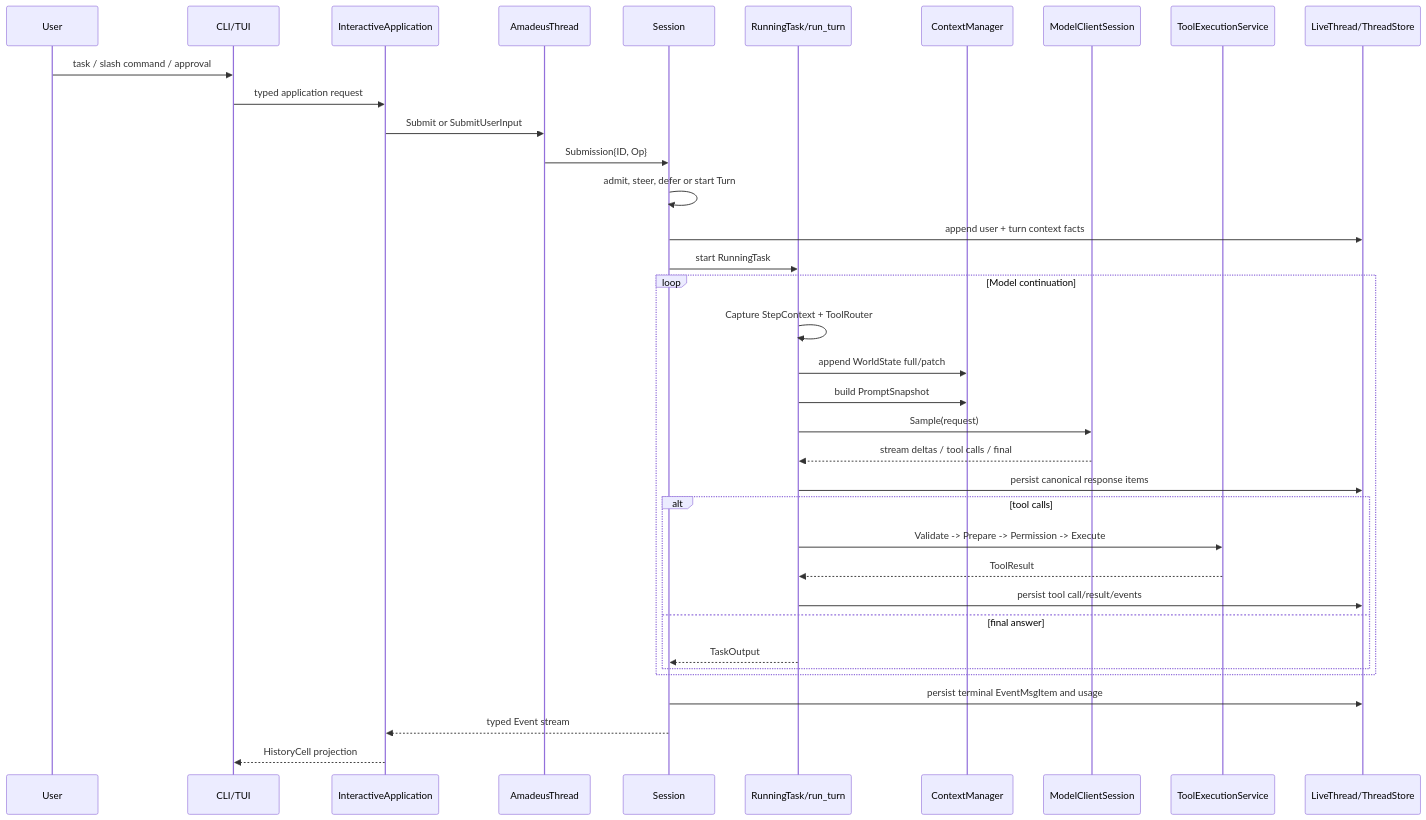
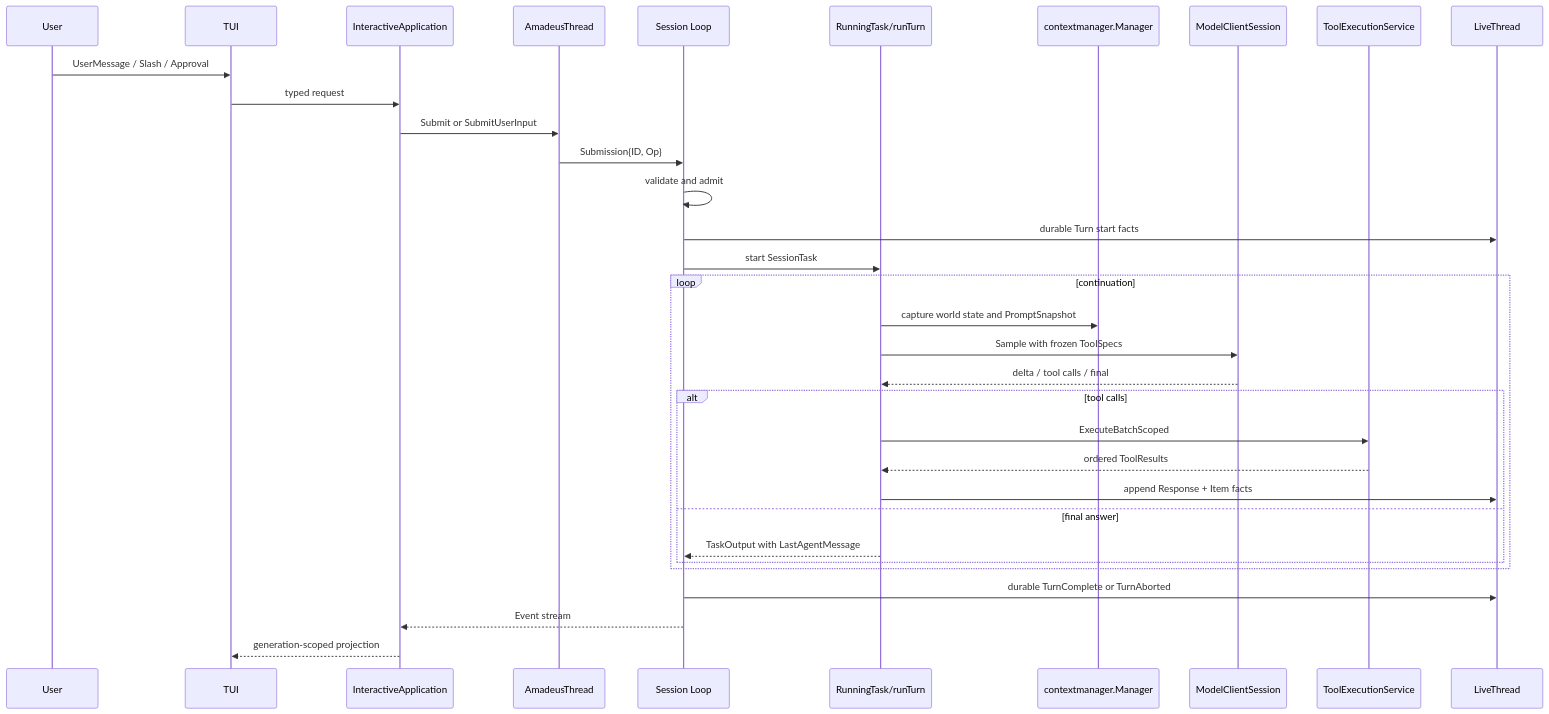
One commit to Godric-W/Amadeus changed the fourth of 43 diagrams in docs/architecture-whitepaper.md. Above: the diagram before and after it, drawn with Mermaid. The commit also changed other lines of this file and 1 other file, not shown here.

````diff
--- a/docs/architecture-whitepaper.md
+++ b/docs/architecture-whitepaper.md
@@ -187,39 +253,36 @@
 ```mermaid
 sequenceDiagram
     participant U as User
-    participant UI as CLI/TUI
+    participant TUI as TUI
     participant APP as InteractiveApplication
     participant TH as AmadeusThread
-    participant S as Session
-    participant R as RunningTask/run_turn
-    participant C as ContextManager
+    participant S as Session Loop
+    participant R as RunningTask/runTurn
+    participant C as contextmanager.Manager
     participant M as ModelClientSession
     participant T as ToolExecutionService
-    participant L as LiveThread/ThreadStore
+    participant L as LiveThread
 
-    U->>UI: task / slash command / approval
-    UI->>APP: typed application request
+    U->>TUI: UserMessage / Slash / Approval
+    TUI->>APP: typed request
     APP->>TH: Submit or SubmitUserInput
     TH->>S: Submission{ID, Op}
-    S->>S: admit, steer, defer or start Turn
-    S->>L: append user + turn context facts
-    S->>R: start RunningTask
-    loop Model continuation
-        R->>R: Capture StepContext + ToolRouter
-        R->>C: append WorldState full/patch
-        R->>C: build PromptSnapshot
-        R->>M: Sample(request)
-        M-->>R: stream deltas / tool calls / final
-        R->>L: persist canonical response items
+    S->>S: validate and admit
+    S->>L: durable Turn start facts
+    S->>R: start SessionTask
+    loop continuation
+        R->>C: capture world state and PromptSnapshot
+        R->>M: Sample with frozen ToolSpecs
+        M-->>R: delta / tool calls / final
         alt tool calls
-            R->>T: Validate -> Prepare -> Permission -> Execute
-            T-->>R: ToolResult
-            R->>L: persist tool call/result/events
+            R->>T: ExecuteBatchScoped
+            T-->>R: ordered ToolResults
+            R->>L: append Response + Item facts
         else final answer
-            R-->>S: TaskOutput
+            R-->>S: TaskOutput with LastAgentMessage
         end
     end
-    S->>L: persist terminal EventMsgItem and usage
-    S-->>APP: typed Event stream
-    APP-->>UI: HistoryCell projection
+    S->>L: durable TurnComplete or TurnAborted
+    S-->>APP: Event stream
+    APP-->>TUI: generation-scoped projection
 ```
````
